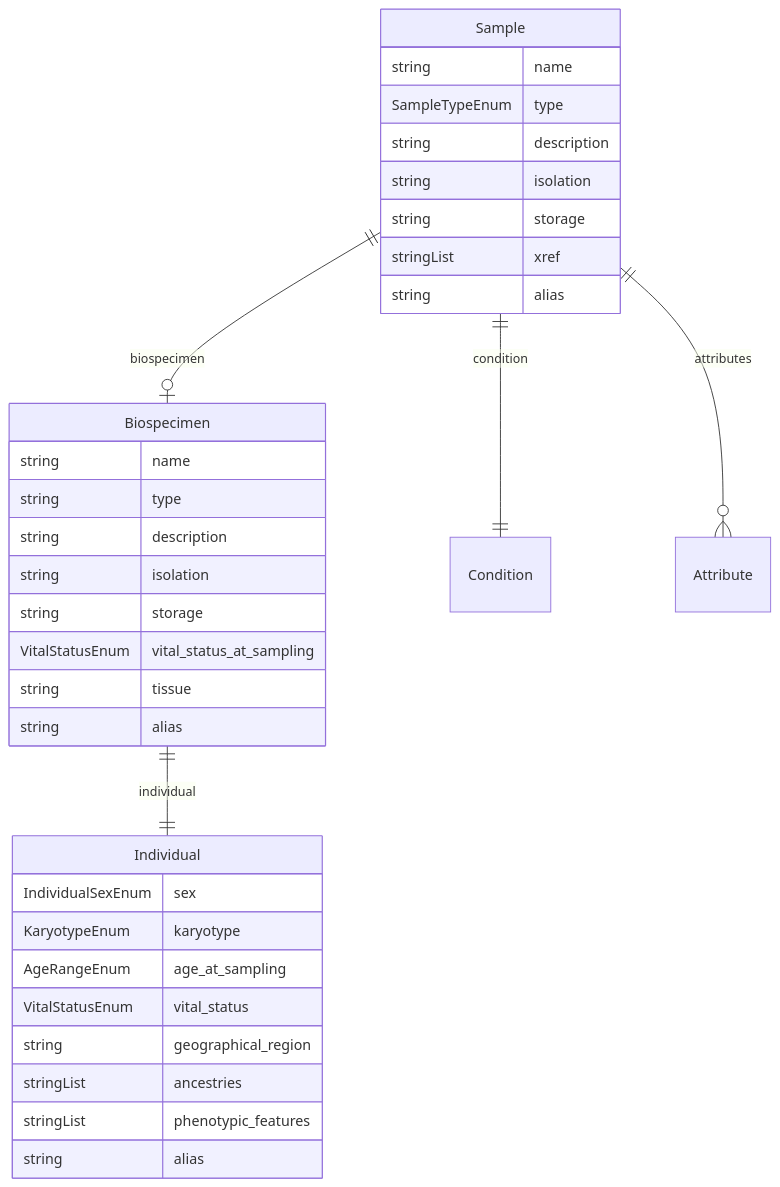
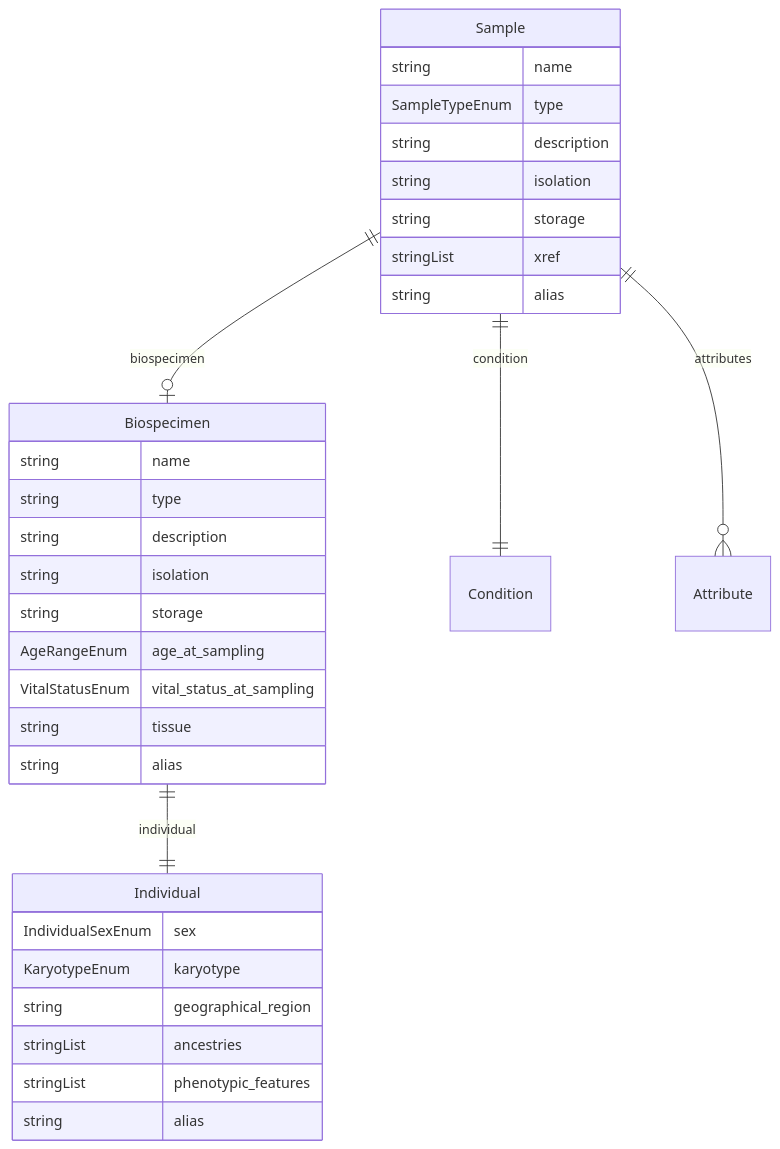
One commit to ghga-de/ghga-metadata-schema changed the fifth of 7 diagrams in docs/entity_relations.md. Above: the diagram before and after it, drawn with Mermaid. The commit also changed 14 other files, not shown here.

First line of the commit message:
move age_at_sampling to Biospecimen (#128)

````diff
--- a/docs/entity_relations.md
+++ b/docs/entity_relations.md
@@ -224,38 +224,37 @@
 ```mermaid
 erDiagram
 Individual {
     IndividualSexEnum sex  
     KaryotypeEnum karyotype  
-    AgeRangeEnum age_at_sampling  
-    VitalStatusEnum vital_status  
     string geographical_region  
     stringList ancestries  
     stringList phenotypic_features  
     string alias  
 }
 Biospecimen {
     string name  
     string type  
     string description  
     string isolation  
     string storage  
+    AgeRangeEnum age_at_sampling  
     VitalStatusEnum vital_status_at_sampling  
     string tissue  
     string alias  
 }
 Sample {
     string name  
     SampleTypeEnum type  
     string description  
     string isolation  
     string storage  
     stringList xref  
     string alias  
 }
 
 Biospecimen ||--|| Individual : "individual"
 Sample ||--|o Biospecimen : "biospecimen"
 Sample ||--|| Condition : "condition"
 Sample ||--}o Attribute : "attributes"
 
 ```
````
